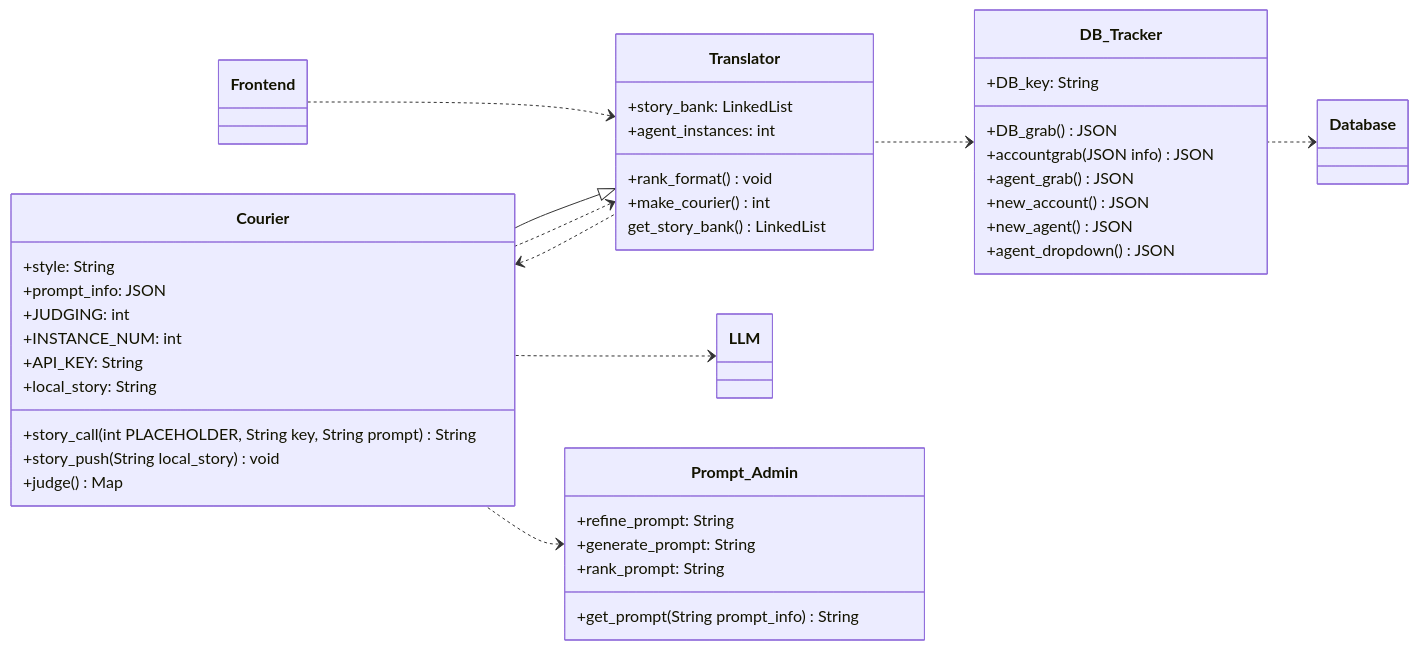
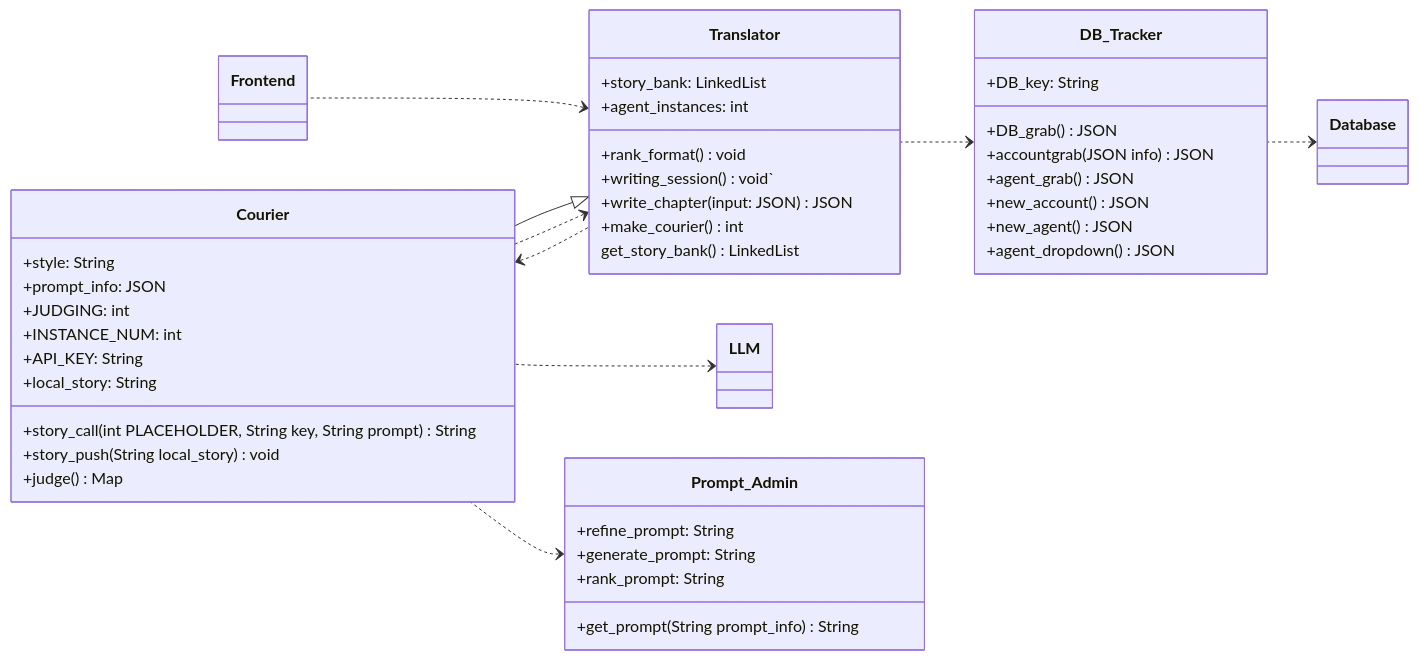
The second of 2 diagrams in documentation/docs/system-architecture/class-diagrams.md (Capstone-Projects-2025-Spring/project-003-story-builder-team-1), drawn with Mermaid before and after one commit. The commit also changed other lines of this file, not shown here.

````diff
--- a/documentation/docs/system-architecture/class-diagrams.md
+++ b/documentation/docs/system-architecture/class-diagrams.md
@@ -360,54 +360,56 @@
 ```mermaid
 classDiagram
 direction RL
 
 Translator <.. Frontend
 DB_Tracker <.. Translator
 Database <.. DB_Tracker
 Courier <.. Translator
 Translator <|-- Courier
 Translator <.. Courier
 LLM <.. Courier
 Prompt_Admin <.. Courier
 
 class Translator {
    +story_bank: LinkedList
    +agent_instances: int
 
    +rank_format() void
+   +writing_session() void`
+   +write_chapter(input: JSON) JSON
    +make_courier() int
    get_story_bank() LinkedList
 }
 
 class DB_Tracker {
    +DB_key: String
 
    +DB_grab() JSON
    +accountgrab(JSON info) JSON
    +agent_grab() JSON
    +new_account() JSON
    +new_agent() JSON
    +agent_dropdown() JSON
 }
 
 class Courier {
    +style: String
    +prompt_info: JSON
    +JUDGING: int
    +INSTANCE_NUM: int
    +API_KEY: String
    +local_story: String
 
    +story_call(int PLACEHOLDER, String key, String prompt) String
    +story_push(String local_story) void
    +judge() Map
 }
 
 class Prompt_Admin {
    +refine_prompt: String
    +generate_prompt: String
    +rank_prompt: String
 
    +get_prompt(String prompt_info) String
 }
 ```
````
